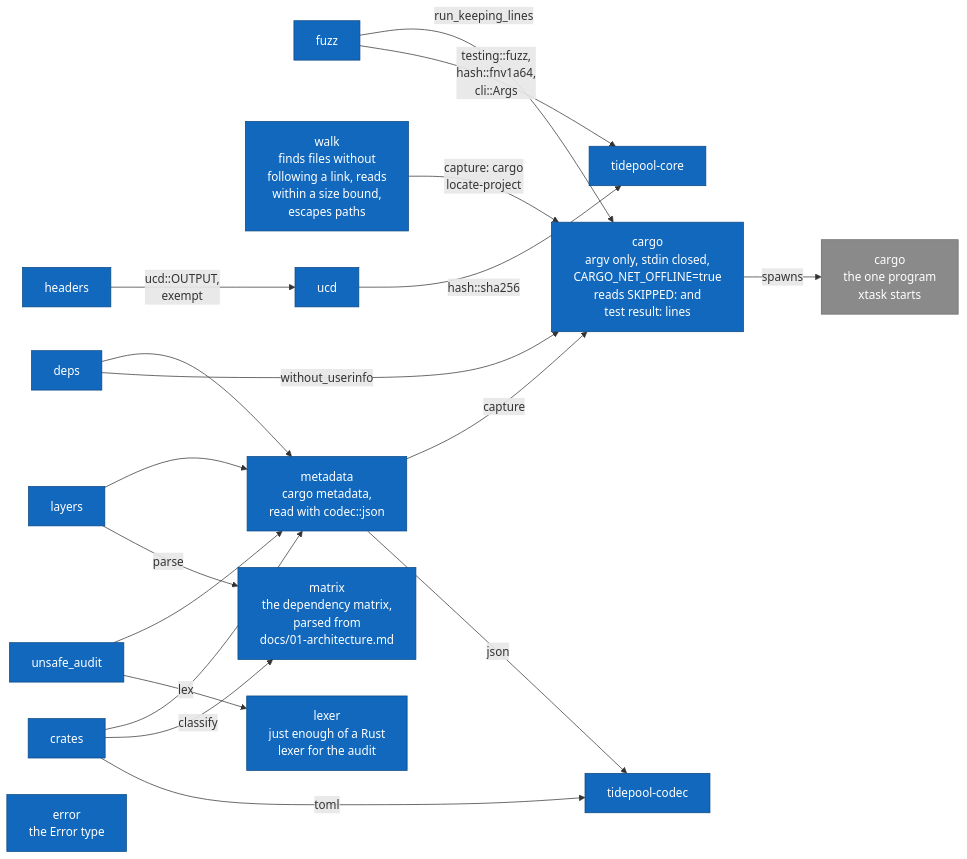
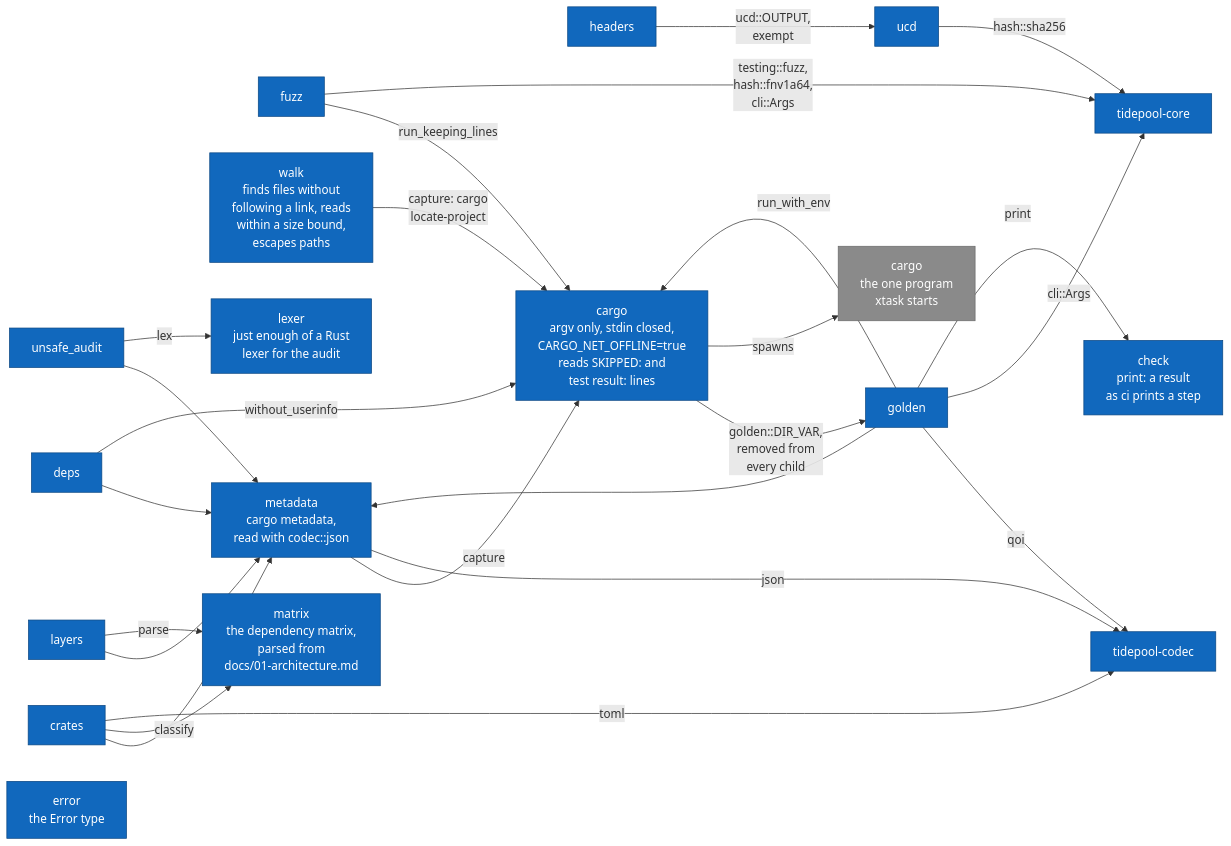
Diagram 12 of 17 in diagrams/c4-architecture.md (jabbott-iii/Tidepool), drawn with Mermaid before and after one commit. The commit also changed other lines of this file and 67 other files, not shown here.

First line of the commit message:
codec, gfx, xtask: QOI, the golden harness and gfx goldens (M2.4)

````diff
--- a/diagrams/c4-architecture.md
+++ b/diagrams/c4-architecture.md
@@ -609,42 +624,50 @@
 ```mermaid
 flowchart LR
     m_deps["deps"]
     m_layers["layers"]
     m_crates["crates"]
     m_unsafe["unsafe_audit"]
     m_headers["headers"]
     m_fuzz["fuzz"]
+    m_golden["golden"]
+    m_check["check<br/>print: a result<br/>as ci prints a step"]
     m_walk["walk<br/>finds files without<br/>following a link, reads<br/>within a size bound,<br/>escapes paths"]
     m_ucd["ucd"]
     m_metadata["metadata<br/>cargo metadata,<br/>read with codec::json"]
     m_matrix["matrix<br/>the dependency matrix,<br/>parsed from<br/>docs/01-architecture.md"]
     m_lexer["lexer<br/>just enough of a Rust<br/>lexer for the audit"]
     m_cargo["cargo<br/>argv only, stdin closed,<br/>CARGO_NET_OFFLINE=true<br/>reads SKIPPED: and<br/>test result: lines"]
     m_error["error<br/>the Error type"]
     k_core["tidepool-core"]
     k_codec["tidepool-codec"]
     e_cargo["cargo<br/>the one program<br/>xtask starts"]
 
     m_deps --> m_metadata
     m_deps -->|"without_userinfo"| m_cargo
     m_layers --> m_metadata
     m_layers -->|"parse"| m_matrix
     m_crates --> m_metadata
     m_crates -->|"classify"| m_matrix
     m_crates -->|"toml"| k_codec
     m_unsafe --> m_metadata
     m_unsafe -->|"lex"| m_lexer
     m_headers -->|"ucd::OUTPUT,<br/>exempt"| m_ucd
     m_ucd -->|"hash::sha256"| k_core
     m_fuzz -->|"run_keeping_lines"| m_cargo
     m_fuzz -->|"testing::fuzz,<br/>hash::fnv1a64,<br/>cli::Args"| k_core
+    m_golden --> m_metadata
+    m_golden -->|"run_with_env"| m_cargo
+    m_golden -->|"qoi"| k_codec
+    m_golden -->|"cli::Args"| k_core
+    m_golden -->|"print"| m_check
     m_metadata -->|"capture"| m_cargo
     m_metadata -->|"json"| k_codec
     m_walk -->|"capture: cargo<br/>locate-project"| m_cargo
+    m_cargo -->|"golden::DIR_VAR,<br/>removed from<br/>every child"| m_golden
     m_cargo -->|"spawns"| e_cargo
 
     classDef built fill:#1168bd,stroke:#0b4884,color:#ffffff
     classDef external fill:#8a8a8a,stroke:#6b6b6b,color:#ffffff
-    class m_deps,m_layers,m_crates,m_unsafe,m_headers,m_fuzz,m_walk,m_ucd,m_metadata,m_matrix,m_lexer,m_cargo,m_error,k_core,k_codec built
+    class m_deps,m_layers,m_crates,m_unsafe,m_headers,m_fuzz,m_golden,m_check,m_walk,m_ucd,m_metadata,m_matrix,m_lexer,m_cargo,m_error,k_core,k_codec built
     class e_cargo external
 ```
````
